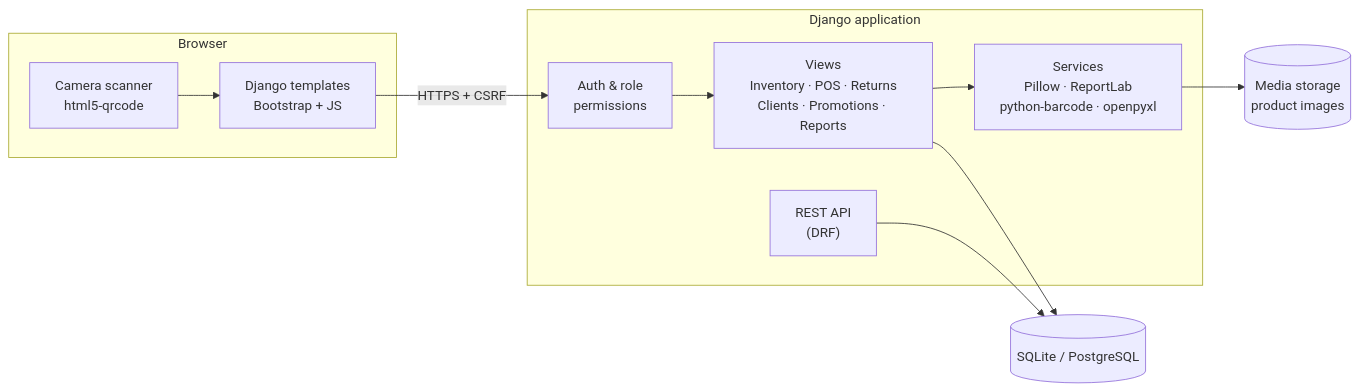
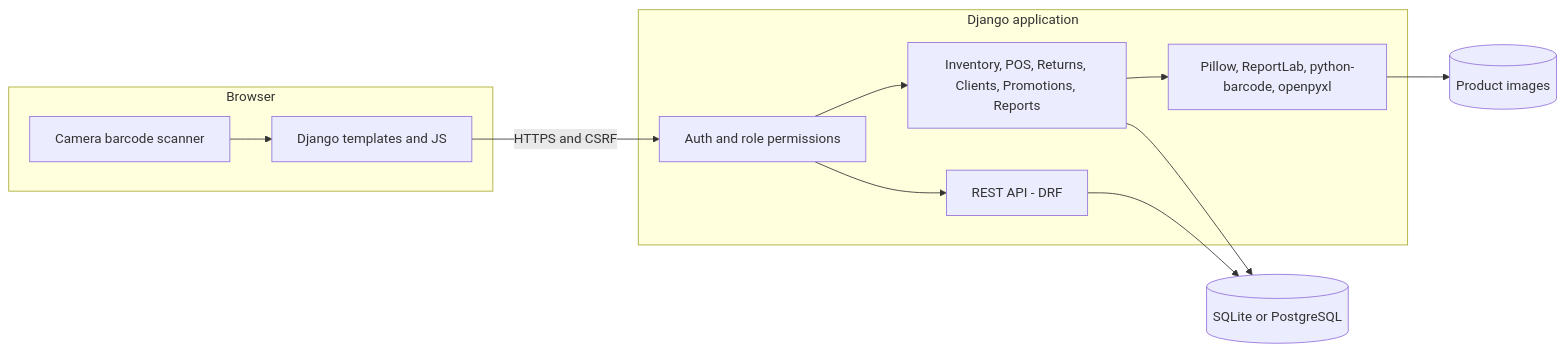
One commit to samandar-ev/aurelion changed the diagram in README.md. Above: the diagram before and after it, drawn with Mermaid.

Commit message:
Fix architecture diagram rendering

````diff
--- a/README.md
+++ b/README.md
@@ -246,24 +246,26 @@
 ```mermaid
 flowchart LR
-    subgraph Client["Browser"]
-        UI["Django templates<br/>Bootstrap + JS"]
-        CAM["Camera scanner<br/>html5-qrcode"]
+    subgraph browser [Browser]
+        ui[Django templates and JS]
+        cam[Camera barcode scanner]
     end
 
-    subgraph App["Django application"]
-        AUTH["Auth & role<br/>permissions"]
-        VIEWS["Views<br/>Inventory · POS · Returns<br/>Clients · Promotions · Reports"]
-        API["REST API<br/>(DRF)"]
-        SVC["Services<br/>Pillow · ReportLab<br/>python-barcode · openpyxl"]
+    subgraph django [Django application]
+        auth[Auth and role permissions]
+        views[Inventory, POS, Returns, Clients, Promotions, Reports]
+        api[REST API - DRF]
+        svc[Pillow, ReportLab, python-barcode, openpyxl]
     end
 
-    DB[("SQLite / PostgreSQL")]
-    MEDIA[("Media storage<br/>product images")]
+    db[(SQLite or PostgreSQL)]
+    media[(Product images)]
 
-    UI -->|"HTTPS + CSRF"| AUTH --> VIEWS
-    CAM --> UI
-    VIEWS --> SVC
-    VIEWS --> DB
-    API --> DB
-    SVC --> MEDIA
+    cam --> ui
+    ui -- HTTPS and CSRF --> auth
+    auth --> views
+    auth --> api
+    views --> svc
+    views --> db
+    api --> db
+    svc --> media
 ```
````
